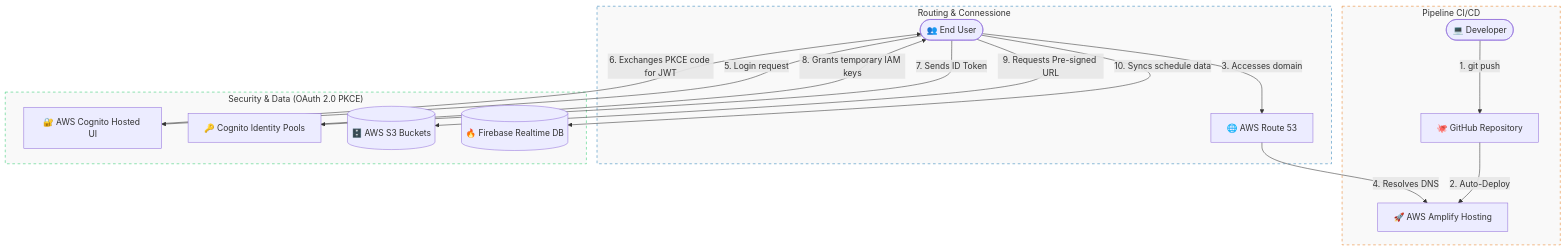
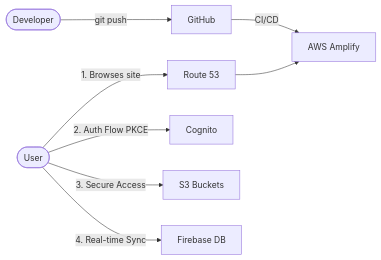
The diagram in README.md (YonatanUka/aws-serveless), drawn with Mermaid before and after one commit.

````diff
--- a/README.md
+++ b/README.md
@@ -40,40 +40,15 @@
 ```mermaid
-graph TD
-    %% Nodi Principali con testo protetto da virgolette
-    Developer(["💻 Developer"])
-    GitHub["🐙 GitHub Repository"]
-    Amplify["🚀 AWS Amplify Hosting"]
-    Route53["🌐 AWS Route 53"]
-    User(["👥 End User"])
-    Cognito["🔐 AWS Cognito Hosted UI"]
-    IdentityPool["🔑 Cognito Identity Pools"]
-    S3[("🗄️ AWS S3 Buckets")]
-    Firebase[("🔥 Firebase Realtime DB")]
+graph LR
+    %% Flusso di Sviluppo
+    Dev([ Developer]) -->|git push| GitHub[ GitHub]
+    GitHub -->|CI/CD| Amplify[ AWS Amplify]
 
-    %% Flusso DevOps CI/CD
-    subgraph Pipeline_CICD ["Pipeline CI/CD"]
-        Developer -->|1. git push| GitHub
-        GitHub -->|2. Auto-Deploy| Amplify
-    end
-
-    %% Flusso Utente e Traffico Rete
-    subgraph Routing ["Routing & Connessione"]
-        User -->|3. Accesses domain| Route53
-        Route53 -->|4. Resolves DNS| Amplify
-    end
-
-    %% Flusso Autenticazione (PKCE) e Autorizzazione
-    subgraph Security_Data ["Security & Data (OAuth 2.0 PKCE)"]
-        User -->|5. Login request| Cognito
-        Cognito -->|6. Exchanges PKCE code for JWT| User
-        User -->|7. Sends ID Token| IdentityPool
-        IdentityPool -->|8. Grants temporary IAM keys| User
-        User -->|9. Requests Pre-signed URL| S3
-        User -->|10. Syncs schedule data| Firebase
-    end
-
-    %% Collegamento degli stili base di Mermaid
-    style Pipeline_CICD fill:#f9f9f9,stroke:#e67e22,stroke-width:1px,stroke-dasharray: 5 5
-    style Routing fill:#f9f9f9,stroke:#2980b9,stroke-width:1px,stroke-dasharray: 5 5
-    style Security_Data fill:#f9f9f9,stroke:#2ecc71,stroke-width:1px,stroke-dasharray: 5 5
+    %% Flusso Utente
+    User([ User]) -->|1. Browses site| Route53[ Route 53]
+    Route53 --> Amplify
+    
+    %% Flusso Sicurezza e Dati
+    User -->|2. Auth Flow PKCE| Cognito[ Cognito]
+    User -->|3. Secure Access| S3[ S3 Buckets]
+    User -->|4. Real-time Sync| Firebase[ Firebase DB]
 ```
````
